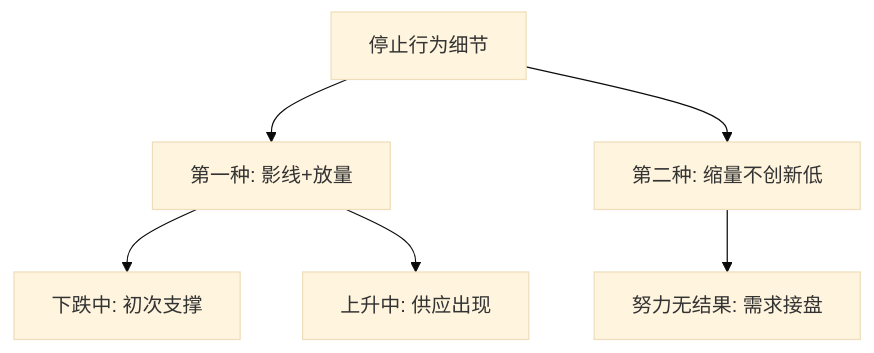
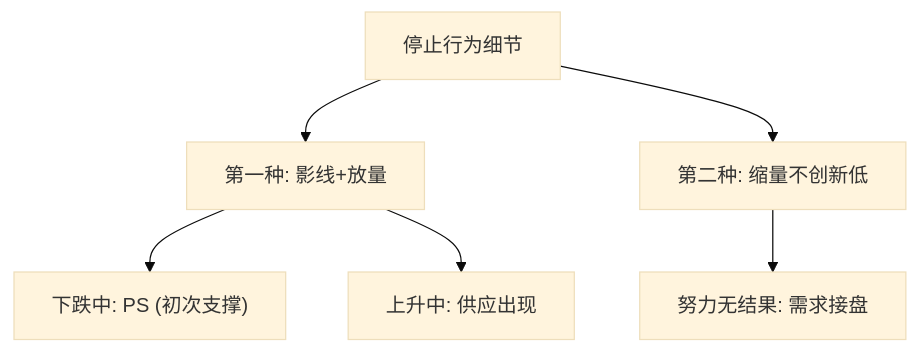
Before and after one commit to bigzhu/Wyckoff: the first of 3 diagrams in docs/第二章_怎么知道主力机构开始接盘了/第二节_停止行为.md, drawn with Mermaid (base theme). The commit also changed other lines of this file and 3 other files, not shown here.

Commit message:
Refine Chapter 2 Sections 1-3: Terminology, Mermaid Syntax, and Layout

````diff
--- a/docs/第二章_怎么知道主力机构开始接盘了/第二节_停止行为.md
+++ b/docs/第二章_怎么知道主力机构开始接盘了/第二节_停止行为.md
@@ -11,8 +11,8 @@
 ```mermaid
 graph TD
     A[停止行为细节] --> B["第一种: 影线+放量"]
     A --> C["第二种: 缩量不创新低"]
-    B --> D["下跌中: 初次支撑"]
+    B --> D["下跌中: PS (初次支撑)"]
     B --> E["上升中: 供应出现"]
     C --> F["努力无结果: 需求接盘"]
 ```
````
